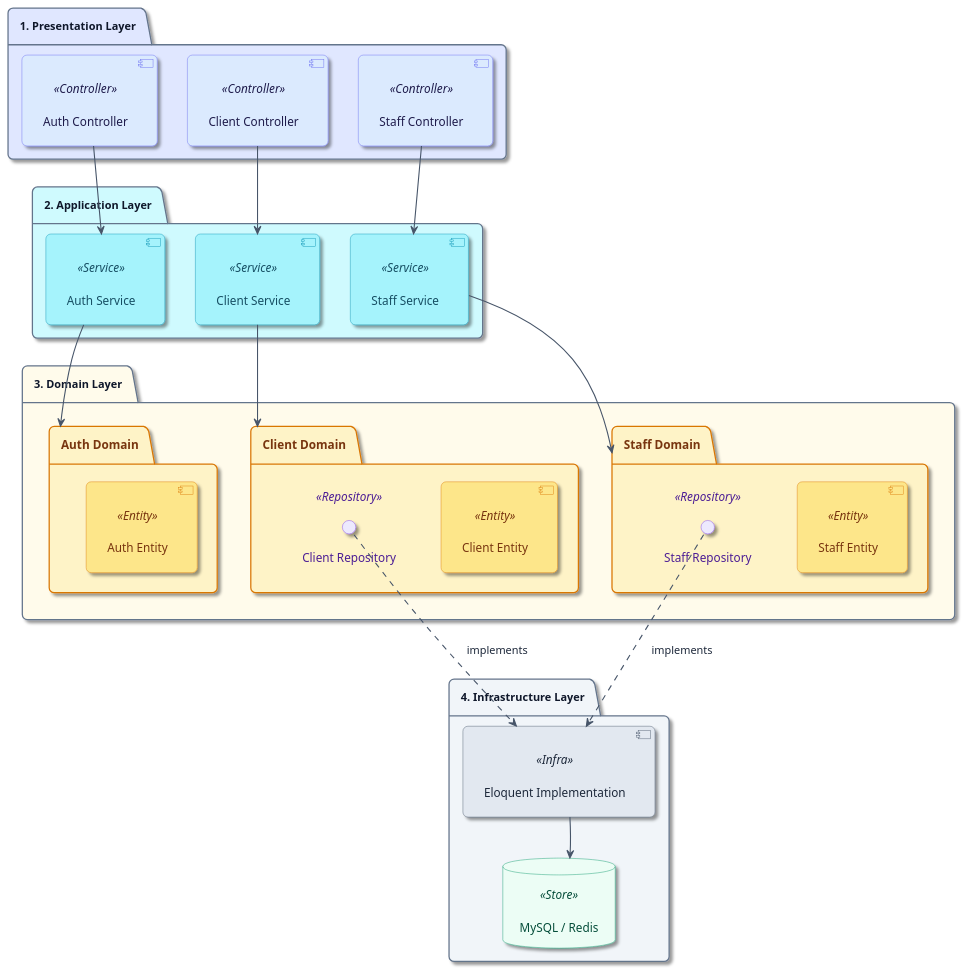
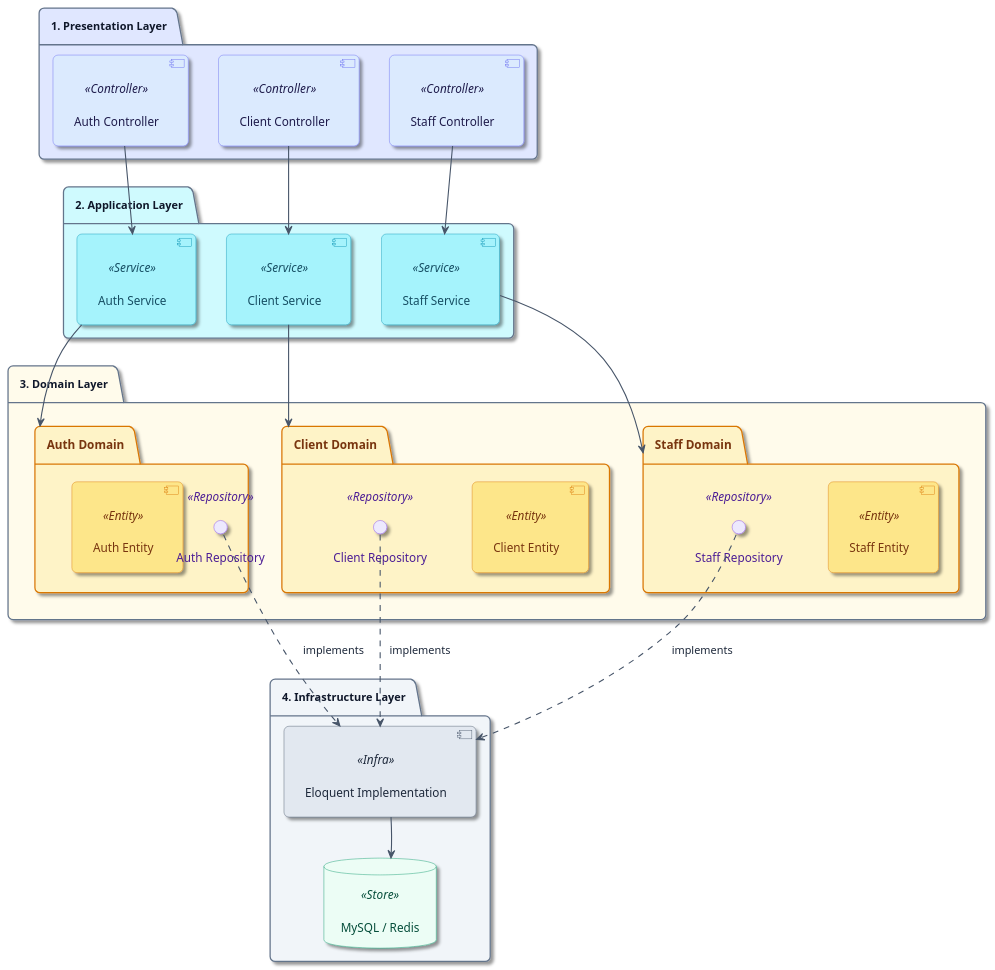
One commit to bobtabo/authorization changed the diagram in docs/architecture/backend.puml. Above: the diagram before and after it, drawn with PlantUML.

Commit message:
アーキテクチャ図を修正

```diff
--- a/docs/architecture/backend.puml
+++ b/docs/architecture/backend.puml
@@ -1,114 +1,117 @@
 @startuml
 ' docs/ui-flow 準拠 + コンポーネントに色（ステレオタイプ）
 ' 主フローは上→下。各層内は左→右（Auth→Client→Staff）で視線は左上→右下に近い
 skinparam shadowing true
 skinparam roundcorner 12
 skinparam Padding 10
 skinparam BoxPadding 8
 ' T→B: ranksep=層の縦方向、nodesep=同ランク内の横方向
 skinparam nodesep 36
 skinparam ranksep 48
 top to bottom direction
 
 skinparam defaultFontColor #1E293B
 skinparam ArrowColor #475569
 skinparam ArrowThickness 1.3
 
 skinparam package {
     BorderColor #64748B
     FontColor #0F172A
     FontStyle bold
     FontSize 13
 }
 
 skinparam component<<Controller>> {
     BackgroundColor #DBEAFE
     BorderColor #6366F1
     FontColor #1E1B4B
 }
 skinparam component<<Service>> {
     BackgroundColor #A5F3FC
     BorderColor #0891B2
     FontColor #164E63
 }
 skinparam component<<Entity>> {
     BackgroundColor #FDE68A
     BorderColor #D97706
     FontColor #78350F
 }
 skinparam component<<Infra>> {
     BackgroundColor #E2E8F0
     BorderColor #475569
     FontColor #1E293B
 }
 
 skinparam interface<<Repository>> {
     BackgroundColor #EDE9FE
     BorderColor #7C3AED
     FontColor #4C1D95
 }
 
 skinparam database<<Store>> {
     BackgroundColor #ECFDF5
     BorderColor #059669
     FontColor #064E3B
 }
 
 skinparam folder {
     BackgroundColor #FEF3C7
     BorderColor #D97706
     FontColor #78350F
 }
 
 package "1. Presentation Layer" #E0E7FF {
     [Auth Controller] <<Controller>>
     [Client Controller] <<Controller>>
     [Staff Controller] <<Controller>>
     [Auth Controller] -[hidden]right- [Client Controller]
     [Client Controller] -[hidden]right- [Staff Controller]
 }
 
 package "2. Application Layer" #CFFAFE {
     [Auth Service] <<Service>>
     [Client Service] <<Service>>
     [Staff Service] <<Service>>
     [Auth Service] -[hidden]right- [Client Service]
     [Client Service] -[hidden]right- [Staff Service]
 }
 
 package "3. Domain Layer" #FFFBEB {
     folder "Auth Domain" {
         [Auth Entity] <<Entity>>
+        interface "Auth Repository" <<Repository>>
+        [Auth Entity] -[hidden]right- "Auth Repository"
     }
     folder "Client Domain" {
         [Client Entity] <<Entity>>
         interface "Client Repository" <<Repository>>
     }
     folder "Staff Domain" {
         [Staff Entity] <<Entity>>
         interface "Staff Repository" <<Repository>>
     }
     "Auth Domain" -[hidden]right- "Client Domain"
     "Client Domain" -[hidden]right- "Staff Domain"
 }
 
 package "4. Infrastructure Layer" #F1F5F9 {
     [Eloquent Implementation] <<Infra>>
     database "MySQL / Redis" as mysqlRedis <<Store>>
     [Eloquent Implementation] -[hidden]down- mysqlRedis
 }
 
 [Auth Controller] -down-> [Auth Service]
 [Client Controller] -down-> [Client Service]
 [Staff Controller] -down-> [Staff Service]
 
 [Auth Service] -down-> "Auth Domain"
 [Client Service] -down-> "Client Domain"
 [Staff Service] -down-> "Staff Domain"
 
 ' 下向きで「実装」を示す（..|> の上向き矢印を避ける）
+"Auth Repository" ..> [Eloquent Implementation] : implements
 "Client Repository" ..> [Eloquent Implementation] : implements
 "Staff Repository" ..> [Eloquent Implementation] : implements
 [Eloquent Implementation] -down-> mysqlRedis
 
 @enduml
```
